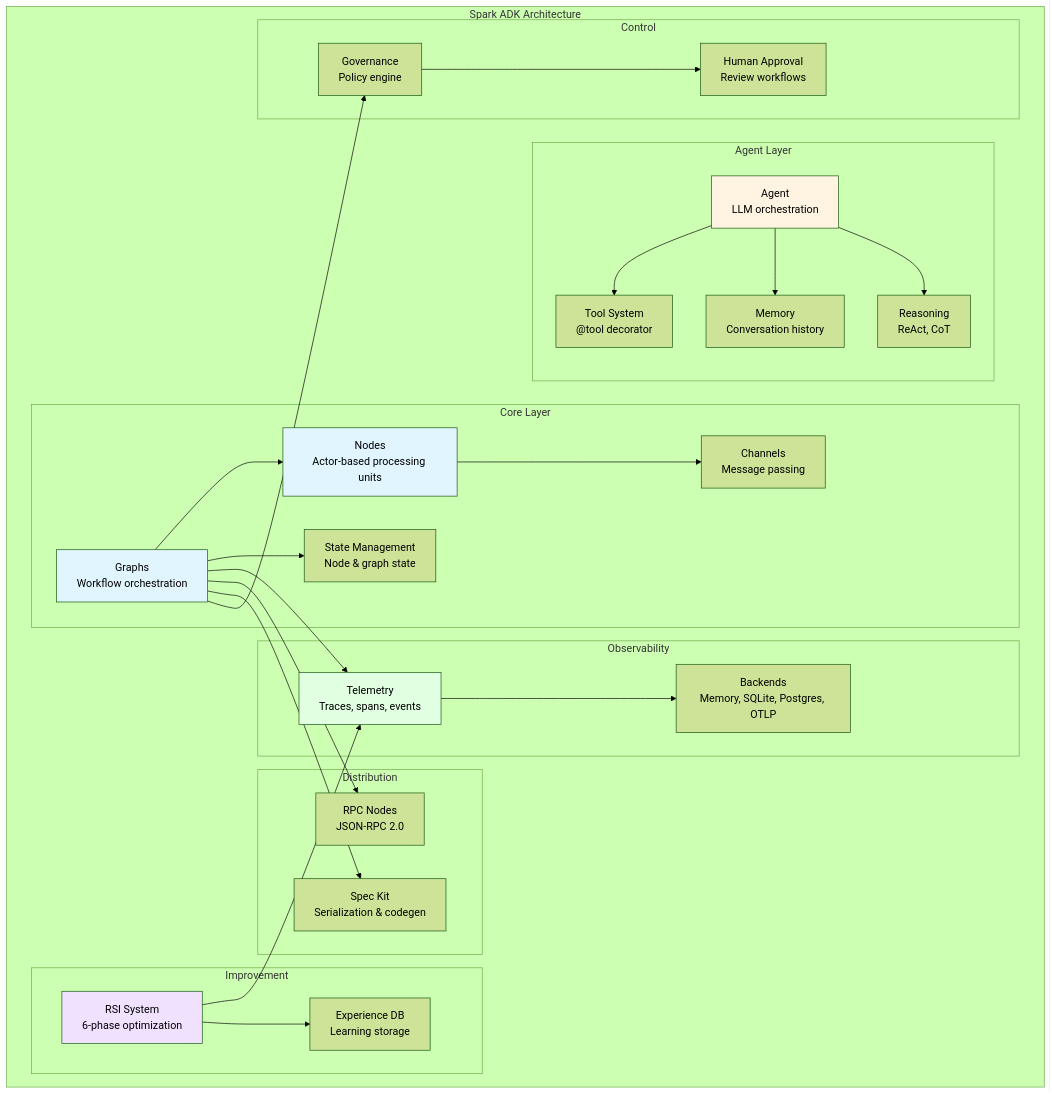
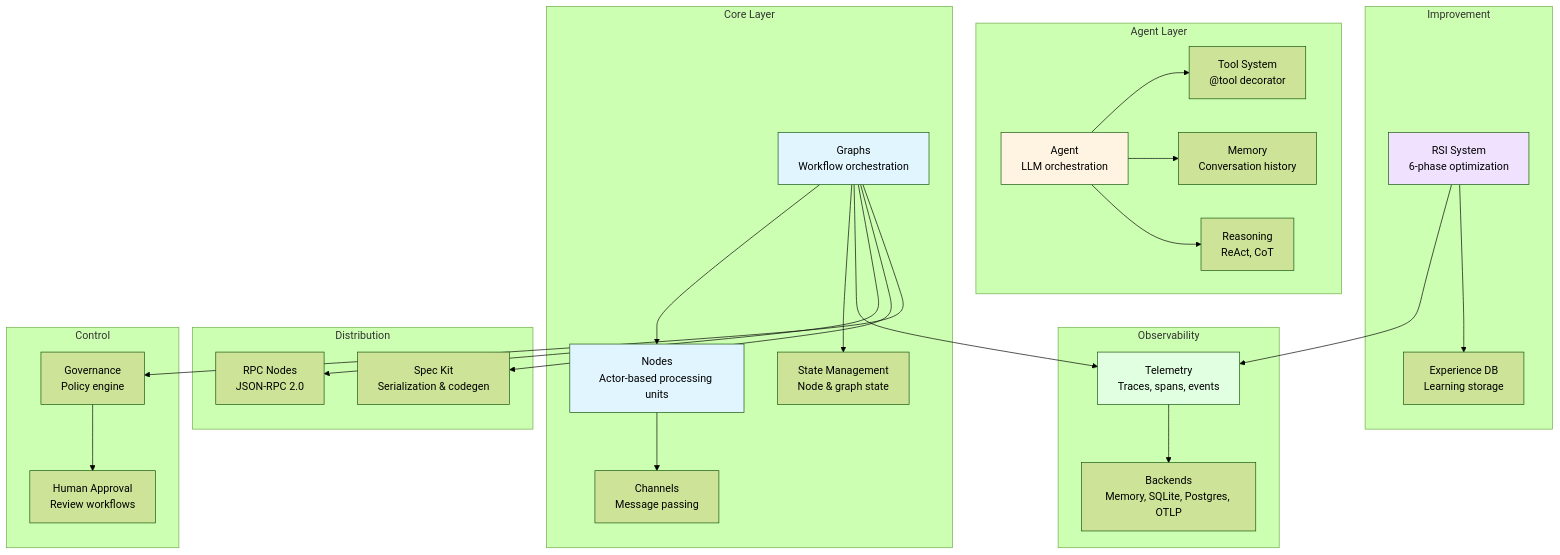
The diagram in docs/introduction/overview.md (wensheng/spark), drawn with Mermaid (forest theme) before and after one commit. The commit also changed other lines of this file and 4 other files, not shown here.

````diff
--- a/docs/introduction/overview.md
+++ b/docs/introduction/overview.md
@@ -118,59 +118,57 @@
 ```mermaid
 graph TB
-    subgraph "Spark ADK Architecture"
-        subgraph "Core Layer"
-            Nodes[Nodes<br/>Actor-based processing units]
-            Graphs[Graphs<br/>Workflow orchestration]
-            State[State Management<br/>Node & graph state]
-            Channels[Channels<br/>Message passing]
-        end
+    subgraph "Core Layer"
+        Nodes["Nodes<br/>Actor-based processing units"]
+        Graphs["Graphs<br/>Workflow orchestration"]
+        State["State Management<br/>Node & graph state"]
+        Channels["Channels<br/>Message passing"]
+    end
 
-        subgraph "Agent Layer"
-            Agent[Agent<br/>LLM orchestration]
-            Tools[Tool System<br/>@tool decorator]
-            Memory[Memory<br/>Conversation history]
-            Strategies[Reasoning<br/>ReAct, CoT]
-        end
+    subgraph "Agent Layer"
+        Agent["Agent<br/>LLM orchestration"]
+        Tools["Tool System<br/>@tool decorator"]
+        Memory["Memory<br/>Conversation history"]
+        Strategies["Reasoning<br/>ReAct, CoT"]
+    end
 
-        subgraph "Observability"
-            Telemetry[Telemetry<br/>Traces, spans, events]
-            Backends[Backends<br/>Memory, SQLite, Postgres, OTLP]
-        end
+    subgraph "Observability"
+        Telemetry["Telemetry<br/>Traces, spans, events"]
+        Backends["Backends<br/>Memory, SQLite, Postgres, OTLP"]
+    end
 
-        subgraph "Improvement"
-            RSI[RSI System<br/>6-phase optimization]
-            Experience[Experience DB<br/>Learning storage]
-        end
+    subgraph "Improvement"
+        RSI["RSI System<br/>6-phase optimization"]
+        Experience["Experience DB<br/>Learning storage"]
+    end
 
-        subgraph "Distribution"
-            RPC[RPC Nodes<br/>JSON-RPC 2.0]
-            SpecKit[Spec Kit<br/>Serialization & codegen]
-        end
+    subgraph "Distribution"
+        RPC["RPC Nodes<br/>JSON-RPC 2.0"]
+        SpecKit["Spec Kit<br/>Serialization & codegen"]
+    end
 
-        subgraph "Control"
-            Governance[Governance<br/>Policy engine]
-            Approval[Human Approval<br/>Review workflows]
-        end
+    subgraph "Control"
+        Governance["Governance<br/>Policy engine"]
+        Approval["Human Approval<br/>Review workflows"]
     end
 
     Graphs --> Nodes
     Graphs --> State
     Nodes --> Channels
     Agent --> Tools
     Agent --> Memory
     Agent --> Strategies
     Graphs --> Telemetry
     Telemetry --> Backends
     RSI --> Telemetry
     RSI --> Experience
     Graphs --> RPC
     Graphs --> SpecKit
     Graphs --> Governance
     Governance --> Approval
 
     style Nodes fill:#e1f5ff
     style Graphs fill:#e1f5ff
     style Agent fill:#fff4e1
     style RSI fill:#f0e1ff
     style Telemetry fill:#e1ffe1
 ```
````
